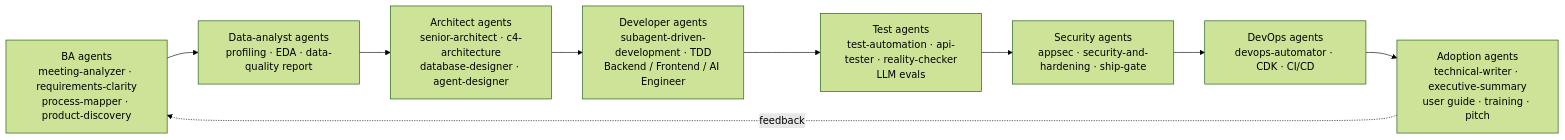
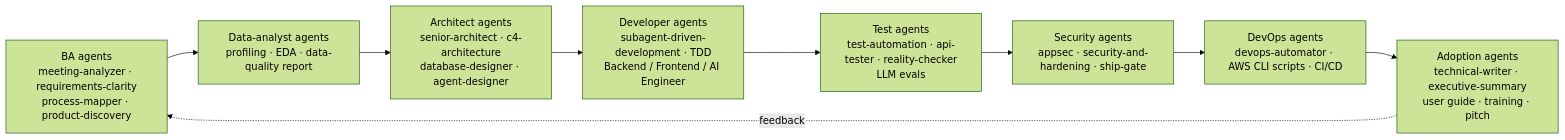
The seventh of 7 diagrams in hackathon/work/02-solution-design-and-5-day-plan.md (saimuthiki/RAI_AFNI), drawn with Mermaid (forest theme) before and after one commit. The commit also changed other lines of this file and 2 other files, not shown here.

First line of the commit message:
Align Halcyon plan to InfinityStacks' requested AWS services

````diff
--- a/hackathon/work/02-solution-design-and-5-day-plan.md
+++ b/hackathon/work/02-solution-design-and-5-day-plan.md
@@ -517,11 +542,11 @@
 ```mermaid
 flowchart LR
   BA[BA agents<br/>meeting-analyzer · requirements-clarity<br/>process-mapper · product-discovery] --> DA[Data-analyst agents<br/>profiling · EDA · data-quality report]
   DA --> AR[Architect agents<br/>senior-architect · c4-architecture<br/>database-designer · agent-designer]
   AR --> DEV[Developer agents<br/>subagent-driven-development · TDD<br/>Backend / Frontend / AI Engineer]
   DEV --> QA[Test agents<br/>test-automation · api-tester · reality-checker<br/>LLM evals]
   QA --> SEC[Security agents<br/>appsec · security-and-hardening · ship-gate]
-  SEC --> OPS[DevOps agents<br/>devops-automator · CDK · CI/CD]
+  SEC --> OPS[DevOps agents<br/>devops-automator · AWS CLI scripts · CI/CD]
   OPS --> ADP[Adoption agents<br/>technical-writer · executive-summary<br/>user guide · training · pitch]
   ADP -.feedback.-> BA
 ```
````
